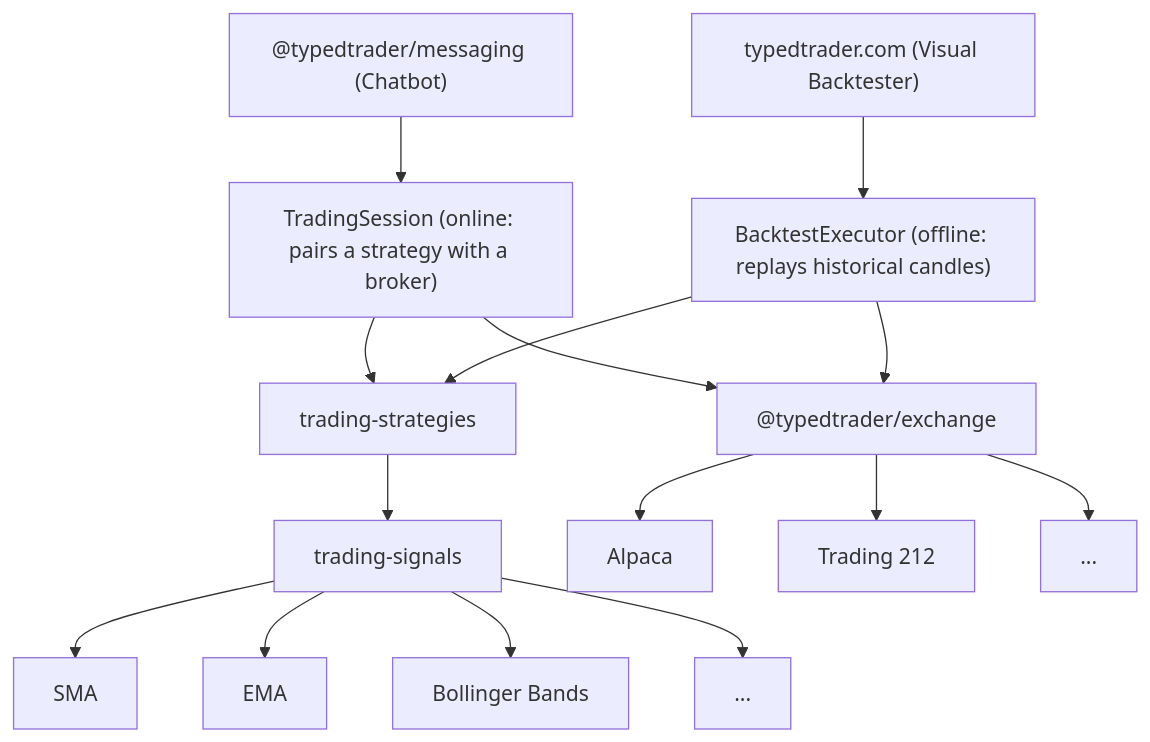
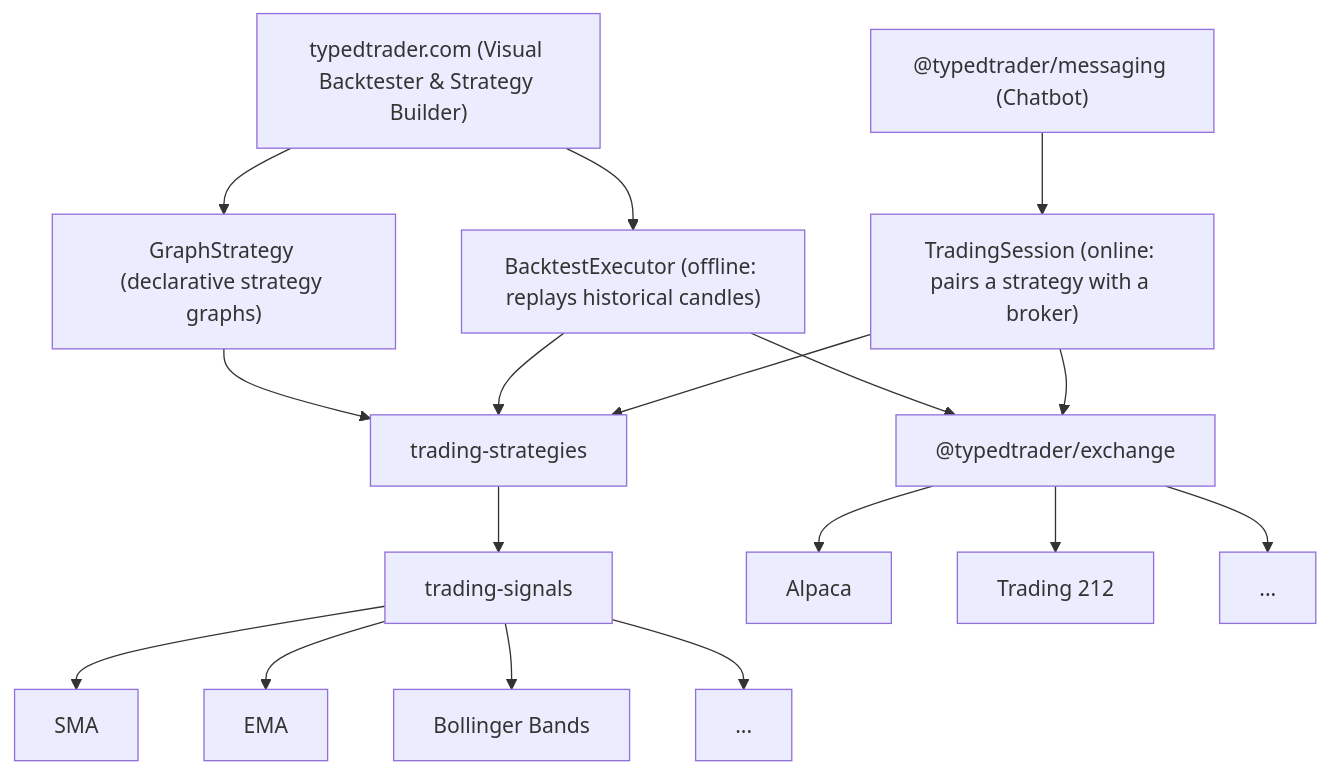
The diagram in README.md (bennycode/trading-signals), drawn with Mermaid before and after one commit. The commit also changed other lines of this file and 1 other file, not shown here.

````diff
--- a/README.md
+++ b/README.md
@@ -49,23 +90,25 @@
 ```mermaid
 graph TD
     messaging["@typedtrader/messaging (Chatbot)"]
 
     messaging --> session["TradingSession (online: pairs a strategy with a broker)"]
-    website["typedtrader.com (Visual Backtester)"] --> backtest["BacktestExecutor (offline: replays historical candles)"]
+    website["typedtrader.com (Visual Backtester & Strategy Builder)"] --> backtest["BacktestExecutor (offline: replays historical candles)"]
+    website --> graphs["GraphStrategy (declarative strategy graphs)"]
 
     session --> strategies["trading-strategies"]
     session --> exchange["@typedtrader/exchange"]
     backtest --> strategies
     backtest --> exchange
+    graphs --> strategies
 
     strategies --> signals["trading-signals"]
 
     signals --> SMA
     signals --> EMA
     signals --> BBANDS["Bollinger Bands"]
     signals --> more["..."]
 
     exchange --> Alpaca
     exchange --> T212["Trading 212"]
     exchange --> more-exchanges["..."]
 ```
````
